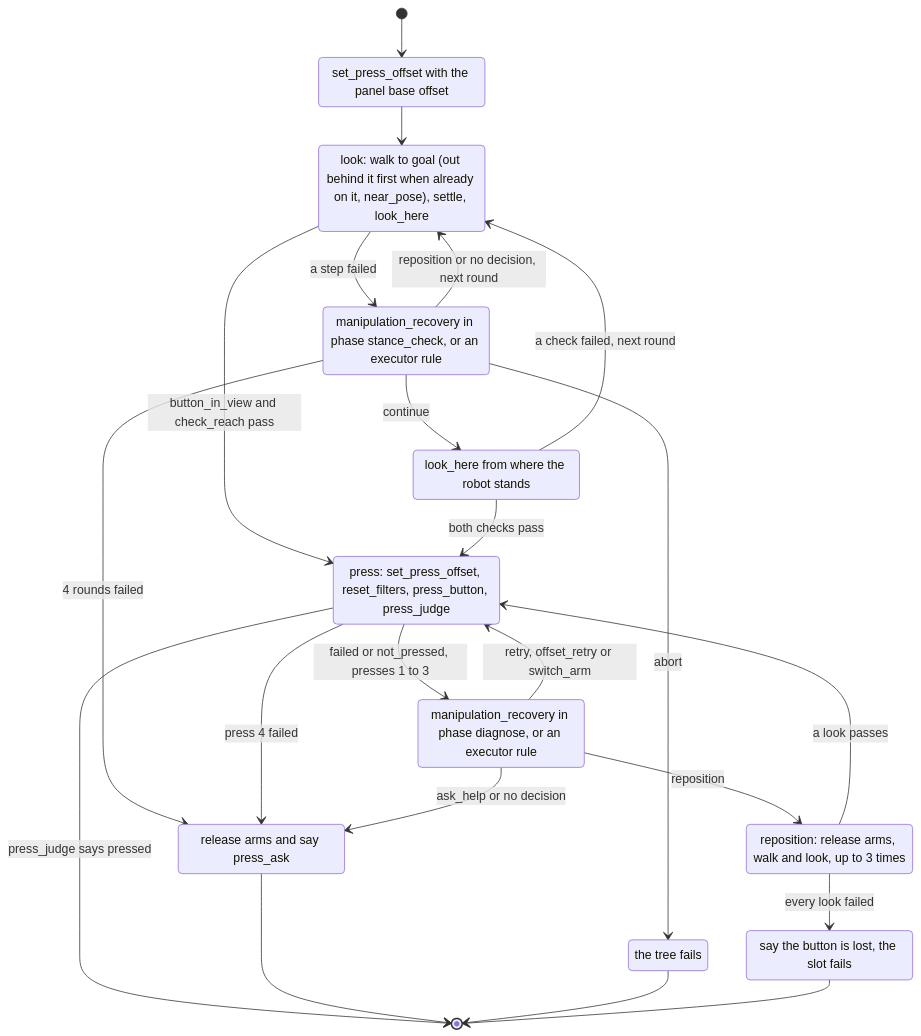
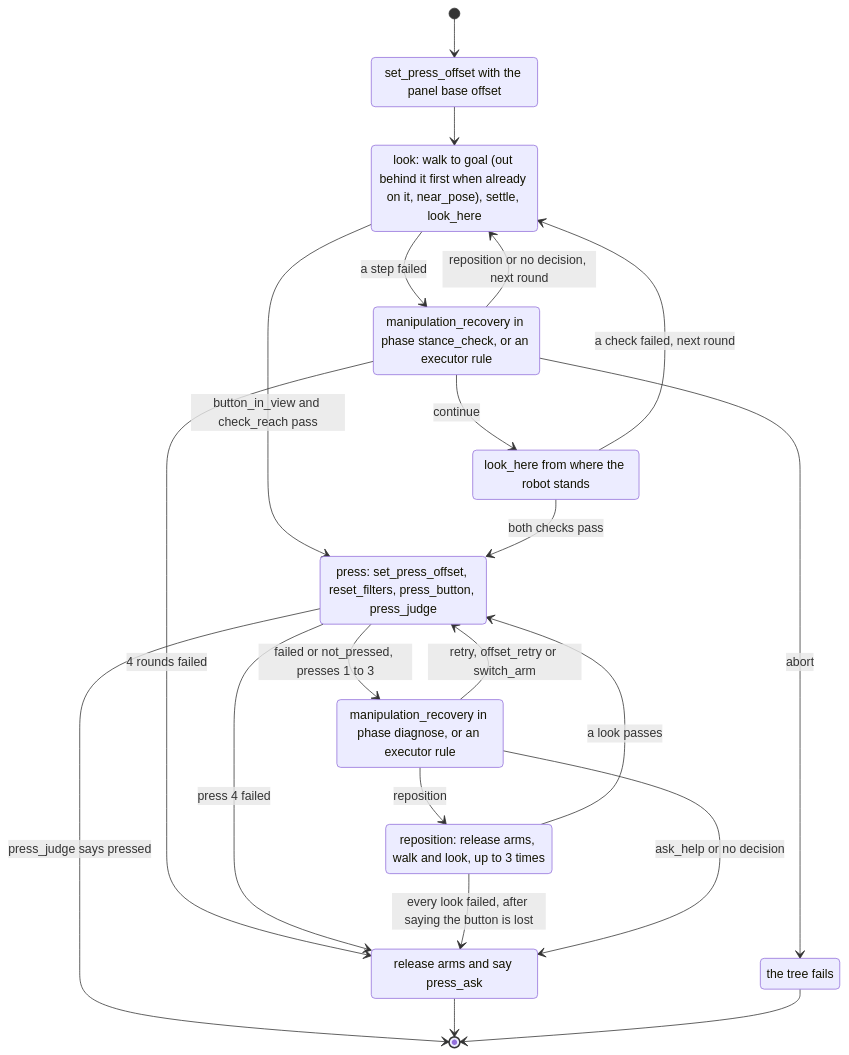
The third of 3 diagrams in docs/design/trees.md (EigenVectorRobotics/orchestrator), drawn with Mermaid before and after one commit. The commit also changed 6 other files, not shown here.

````diff
--- a/docs/design/trees.md
+++ b/docs/design/trees.md
@@ -92,34 +92,32 @@
 ```mermaid
 stateDiagram-v2
   state "set_press_offset with the panel base offset" as Base
   state "look: walk to goal (out behind it first when already on it, near_pose), settle, look_here" as Look
   state "manipulation_recovery in phase stance_check, or an executor rule" as StanceRec
   state "look_here from where the robot stands" as Here
   state "press: set_press_offset, reset_filters, press_button, press_judge" as Press
   state "manipulation_recovery in phase diagnose, or an executor rule" as Diagnose
   state "reposition: release arms, walk and look, up to 3 times" as Repo
   state "release arms and say press_ask" as Ask
   state "the tree fails" as Abort
-  state "say the button is lost, the slot fails" as Lost
   [*] --> Base
   Base --> Look
   Look --> Press : button_in_view and check_reach pass
   Look --> StanceRec : a step failed
   StanceRec --> Here : continue
   Here --> Press : both checks pass
   Here --> Look : a check failed, next round
   StanceRec --> Look : reposition or no decision, next round
   StanceRec --> Ask : 4 rounds failed
   StanceRec --> Abort : abort
   Press --> [*] : press_judge says pressed
   Press --> Diagnose : failed or not_pressed, presses 1 to 3
   Press --> Ask : press 4 failed
   Diagnose --> Press : retry, offset_retry or switch_arm
   Diagnose --> Repo : reposition
   Repo --> Press : a look passes
-  Repo --> Lost : every look failed
+  Repo --> Ask : every look failed, after saying the button is lost
   Diagnose --> Ask : ask_help or no decision
   Ask --> [*]
   Abort --> [*]
-  Lost --> [*]
 ```
````
